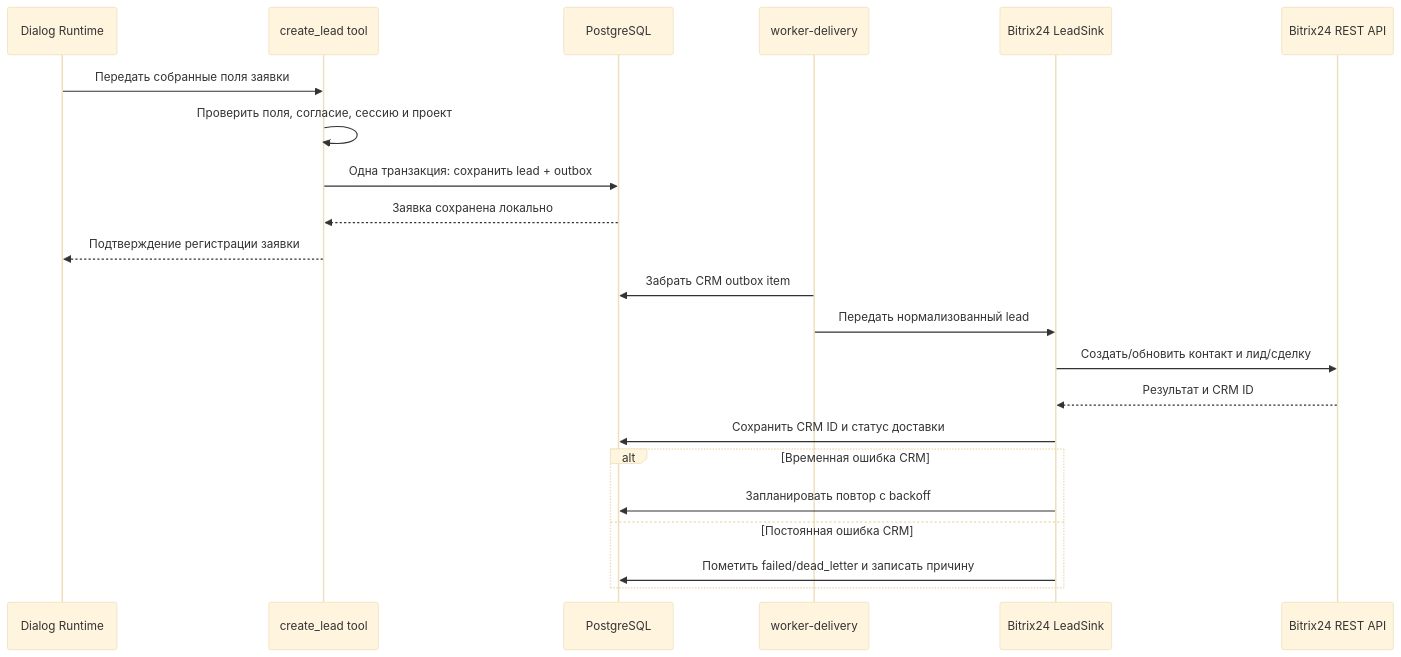
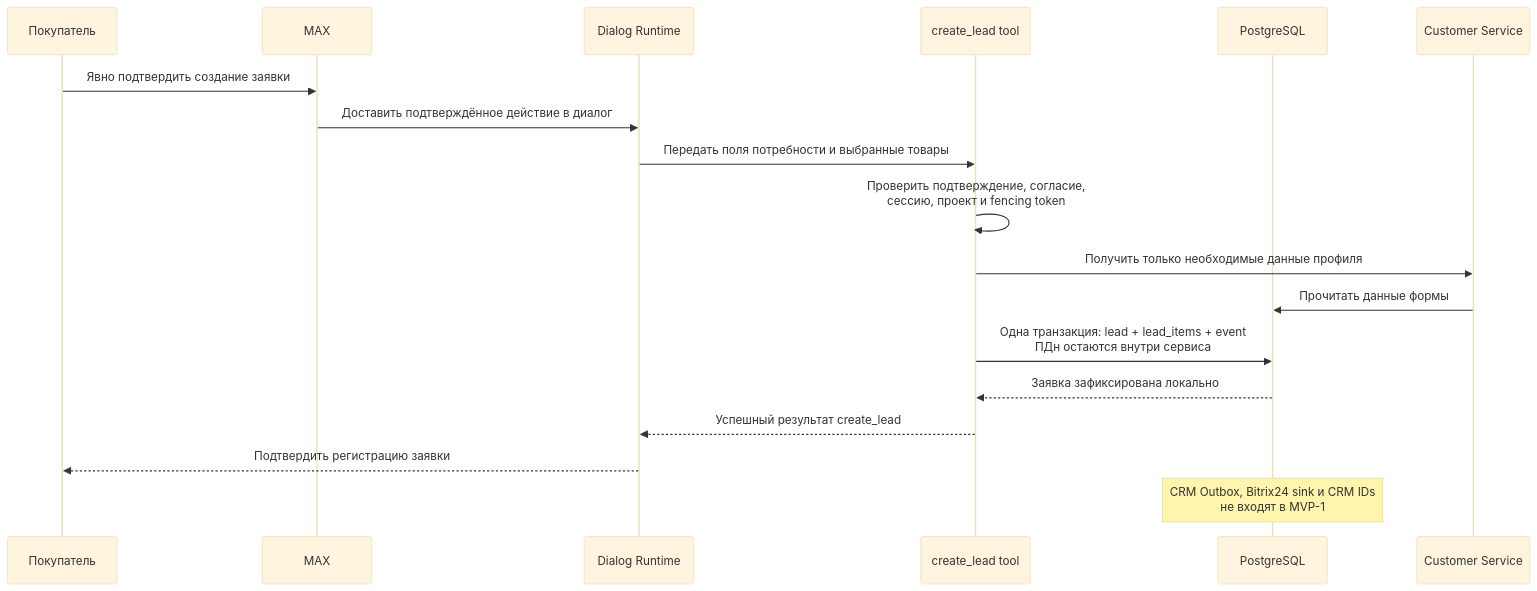
One commit to Maskit26/ai_manager changed the fourth of 6 diagrams in docs/SERVICE_BLOCK_DIAGRAM.md. Above: the diagram before and after it, drawn with Mermaid (base theme). The commit also changed other lines of this file and 3 other files, not shown here.

````diff
--- a/docs/SERVICE_BLOCK_DIAGRAM.md
+++ b/docs/SERVICE_BLOCK_DIAGRAM.md
@@ -235,25 +246,21 @@
 ```mermaid
 sequenceDiagram
+    participant Buyer as Покупатель
+    participant MAX as MAX
     participant Runtime as Dialog Runtime
     participant Tool as create_lead tool
     participant PG as PostgreSQL
-    participant Worker as worker-delivery
-    participant Sink as Bitrix24 LeadSink
-    participant B24 as Bitrix24 REST API
+    participant Customer as Customer Service
 
-    Runtime->>Tool: Передать собранные поля заявки
-    Tool->>Tool: Проверить поля, согласие, сессию и проект
-    Tool->>PG: Одна транзакция: сохранить lead + outbox
-    PG-->>Tool: Заявка сохранена локально
-    Tool-->>Runtime: Подтверждение регистрации заявки
-    Worker->>PG: Забрать CRM outbox item
-    Worker->>Sink: Передать нормализованный lead
-    Sink->>B24: Создать/обновить контакт и лид/сделку
-    B24-->>Sink: Результат и CRM ID
-    Sink->>PG: Сохранить CRM ID и статус доставки
-    alt Временная ошибка CRM
-        Sink->>PG: Запланировать повтор с backoff
-    else Постоянная ошибка CRM
-        Sink->>PG: Пометить failed/dead_letter и записать причину
-    end
+    Buyer->>MAX: Явно подтвердить создание заявки
+    MAX->>Runtime: Доставить подтверждённое действие в диалог
+    Runtime->>Tool: Передать поля потребности и выбранные товары
+    Tool->>Tool: Проверить подтверждение, согласие,<br/>сессию, проект и fencing token
+    Tool->>Customer: Получить только необходимые данные профиля
+    Customer->>PG: Прочитать данные формы
+    Tool->>PG: Одна транзакция: lead + lead_items + event<br/>ПДн остаются внутри сервиса
+    PG-->>Tool: Заявка зафиксирована локально
+    Tool-->>Runtime: Успешный результат create_lead
+    Runtime-->>Buyer: Подтвердить регистрацию заявки
+    Note over PG: CRM Outbox, Bitrix24 sink и CRM IDs<br/>не входят в MVP-1
 ```
````
